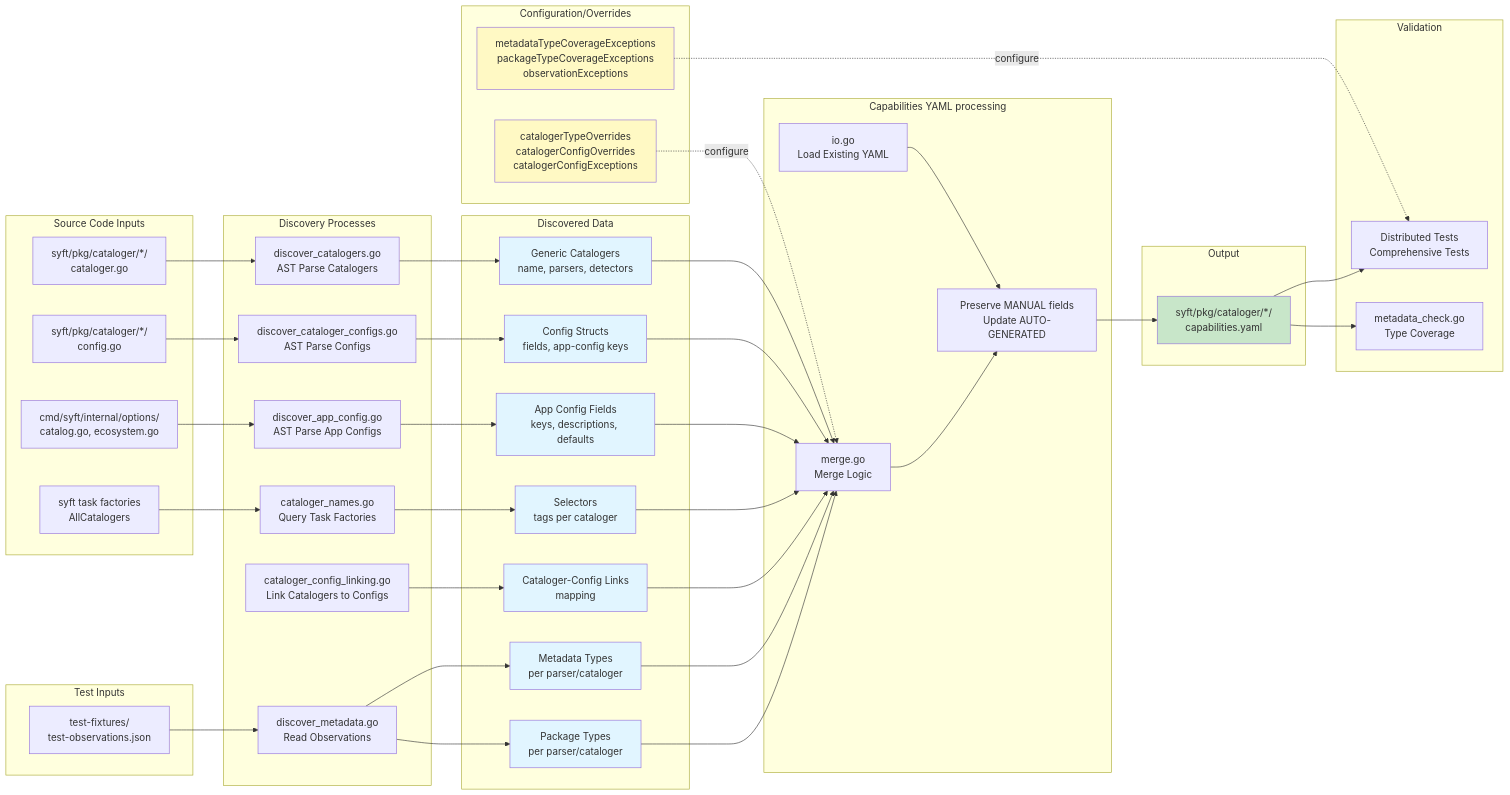
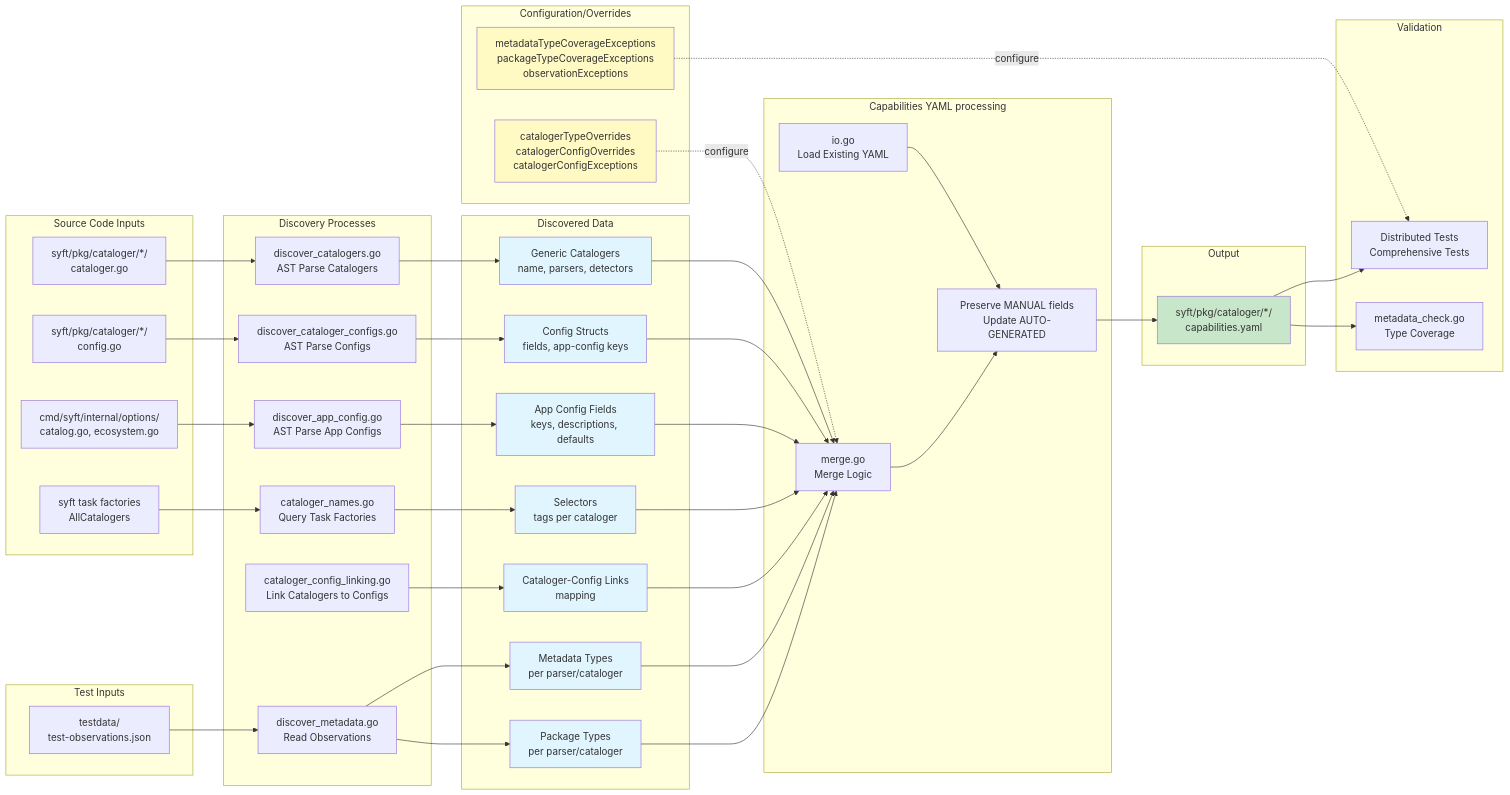
Before and after one commit to anchore/syft: the diagram in internal/capabilities/generate/README.md, drawn with Mermaid. The commit also changed other lines of this file and 1585 other files, not shown here.

Commit message:
migrate fixtures to testdata

```diff
--- a/internal/capabilities/generate/README.md
+++ b/internal/capabilities/generate/README.md
@@ -48,7 +48,7 @@
     end
 
     subgraph "Test Inputs"
-        B1[test-fixtures/<br/>test-observations.json]
+        B1[testdata/<br/>test-observations.json]
     end
 
     subgraph "Discovery Processes"
```
